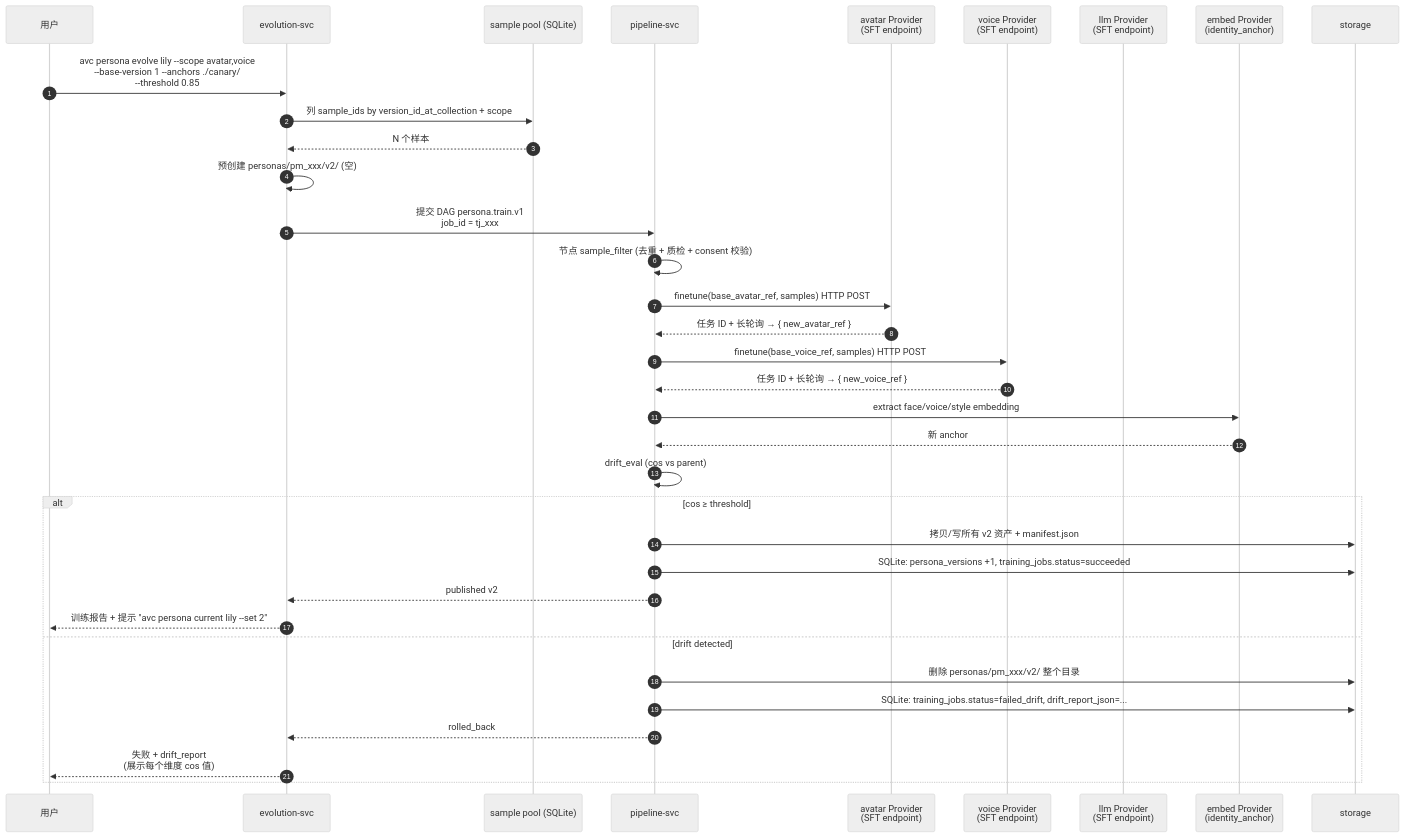
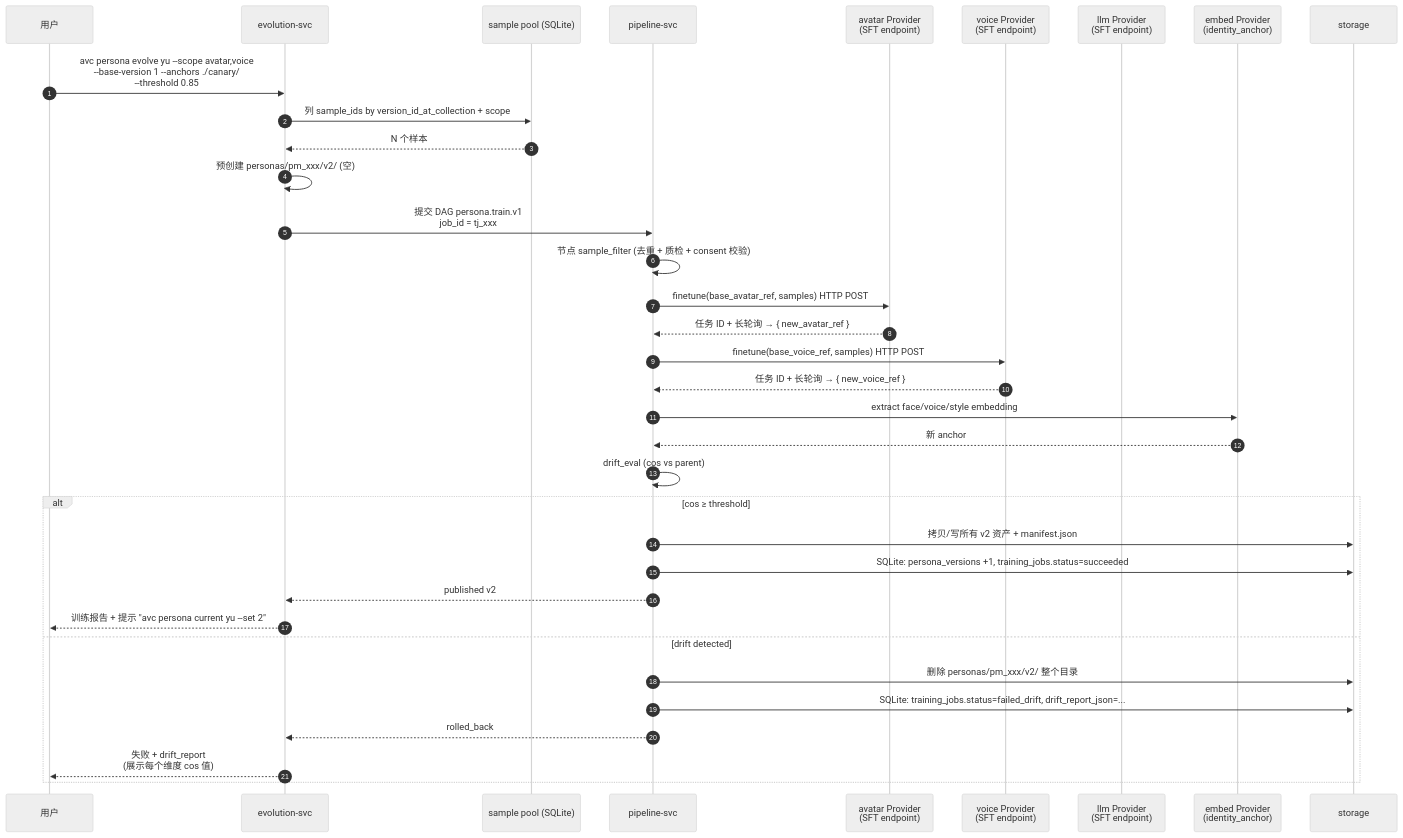
The seventh of 20 diagrams in docs/architecture.md (growdu/avcore), drawn with Mermaid (neutral theme) before and after one commit. The commit also changed other lines of this file and 9 other files, not shown here.

````diff
--- a/docs/architecture.md
+++ b/docs/architecture.md
@@ -253,38 +253,38 @@
 ```mermaid
 sequenceDiagram
     autonumber
     participant U as 用户
     participant EV as evolution-svc
     participant SM as sample pool (SQLite)
     participant PL as pipeline-svc
     participant AP as avatar Provider<br/>(SFT endpoint)
     participant VP as voice Provider<br/>(SFT endpoint)
     participant LP as llm Provider<br/>(SFT endpoint)
     participant EP as embed Provider<br/>(identity_anchor)
     participant ST as storage
 
-    U->>EV: avc persona evolve lily --scope avatar,voice<br/>--base-version 1 --anchors ./canary/<br/>--threshold 0.85
+    U->>EV: avc persona evolve yu --scope avatar,voice<br/>--base-version 1 --anchors ./canary/<br/>--threshold 0.85
     EV->>SM: 列 sample_ids by version_id_at_collection + scope
     SM-->>EV: N 个样本
     EV->>EV: 预创建 personas/pm_xxx/v2/ (空)
     EV->>PL: 提交 DAG persona.train.v1<br/>job_id = tj_xxx
     PL->>PL: 节点 sample_filter (去重 + 质检 + consent 校验)
     PL->>AP: finetune(base_avatar_ref, samples) HTTP POST
     AP-->>PL: 任务 ID + 长轮询 → { new_avatar_ref }
     PL->>VP: finetune(base_voice_ref, samples) HTTP POST
     VP-->>PL: 任务 ID + 长轮询 → { new_voice_ref }
     PL->>EP: extract face/voice/style embedding
     EP-->>PL: 新 anchor
     PL->>PL: drift_eval (cos vs parent)
     alt cos ≥ threshold
         PL->>ST: 拷贝/写所有 v2 资产 + manifest.json
         PL->>ST: SQLite: persona_versions +1, training_jobs.status=succeeded
         PL-->>EV: published v2
-        EV-->>U: 训练报告 + 提示 "avc persona current lily --set 2"
+        EV-->>U: 训练报告 + 提示 "avc persona current yu --set 2"
     else drift detected
         PL->>ST: 删除 personas/pm_xxx/v2/ 整个目录
         PL->>ST: SQLite: training_jobs.status=failed_drift, drift_report_json=...
         PL-->>EV: rolled_back
         EV-->>U: 失败 + drift_report<br/>(展示每个维度 cos 值)
     end
 ```
````
